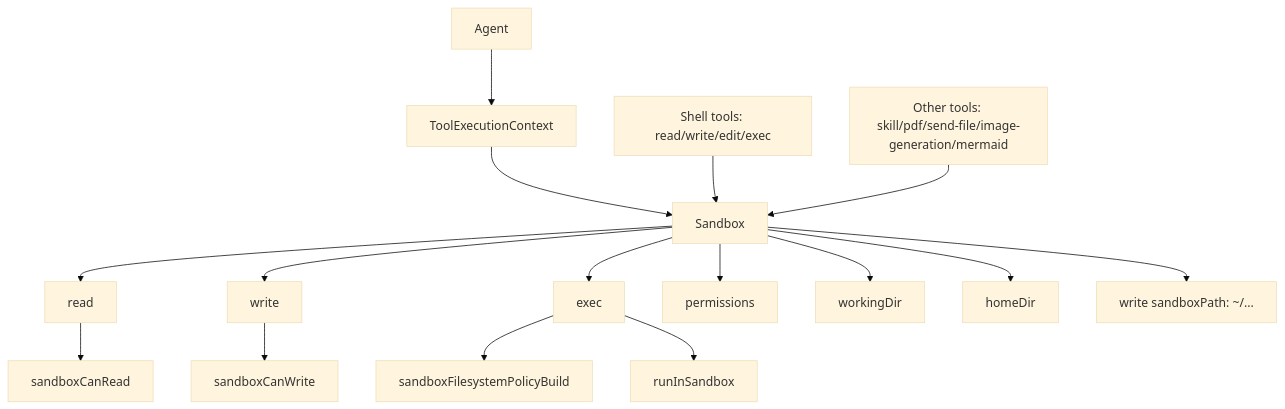
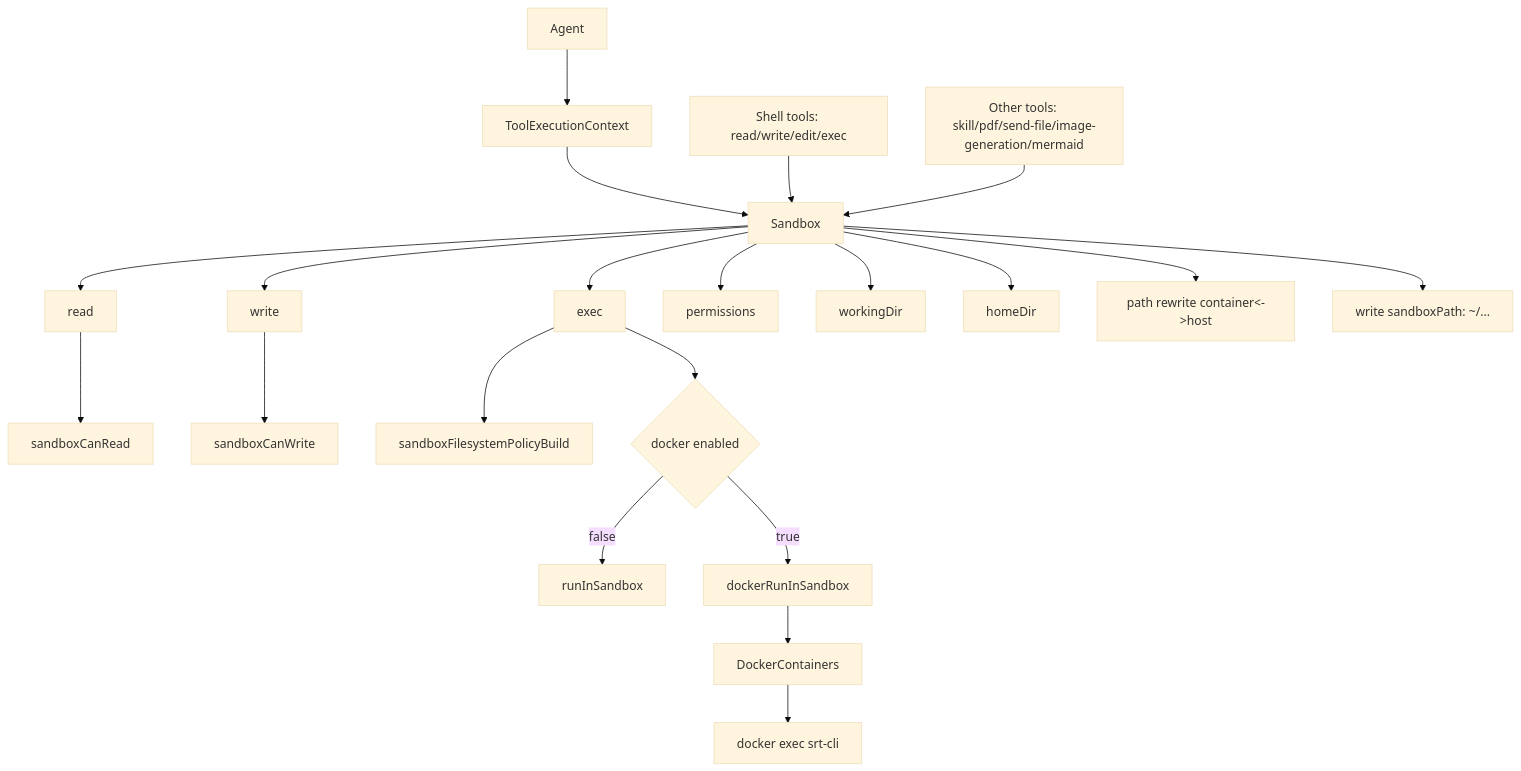
The diagram in doc/internals/sandbox-abstraction.md (ex3ndr/daycare), drawn with Mermaid (base theme) before and after one commit. The commit also changed other lines of this file and 30 other files, not shown here.

Commit message:
feat(sandbox): implement docker sandbox runtime

````diff
--- a/doc/internals/sandbox-abstraction.md
+++ b/doc/internals/sandbox-abstraction.md
@@ -16,22 +17,27 @@
 ```mermaid
 graph TD
     A[Agent] --> B[ToolExecutionContext]
     B --> C[Sandbox]
 
     C --> D[read]
     C --> E[write]
     C --> F[exec]
 
     D --> G[sandboxCanRead]
     E --> H[sandboxCanWrite]
     F --> I[sandboxFilesystemPolicyBuild]
-    F --> J[runInSandbox]
+    F --> J{docker enabled}
+    J -->|false| K[runInSandbox]
+    J -->|true| L[dockerRunInSandbox]
+    L --> M[DockerContainers]
+    M --> N[docker exec srt-cli]
 
-    C --> K[permissions]
-    C --> L[workingDir]
-    C --> M[homeDir]
+    C --> U[permissions]
+    C --> O[workingDir]
+    C --> P[homeDir]
+    C --> Q[path rewrite container<->host]
 
-    O[Shell tools: read/write/edit/exec] --> C
-    P[Other tools: skill/pdf/send-file/image-generation/mermaid] --> C
-    C --> Q[write sandboxPath: ~/...]
+    R[Shell tools: read/write/edit/exec] --> C
+    S[Other tools: skill/pdf/send-file/image-generation/mermaid] --> C
+    C --> T[write sandboxPath: ~/...]
 ```
````
